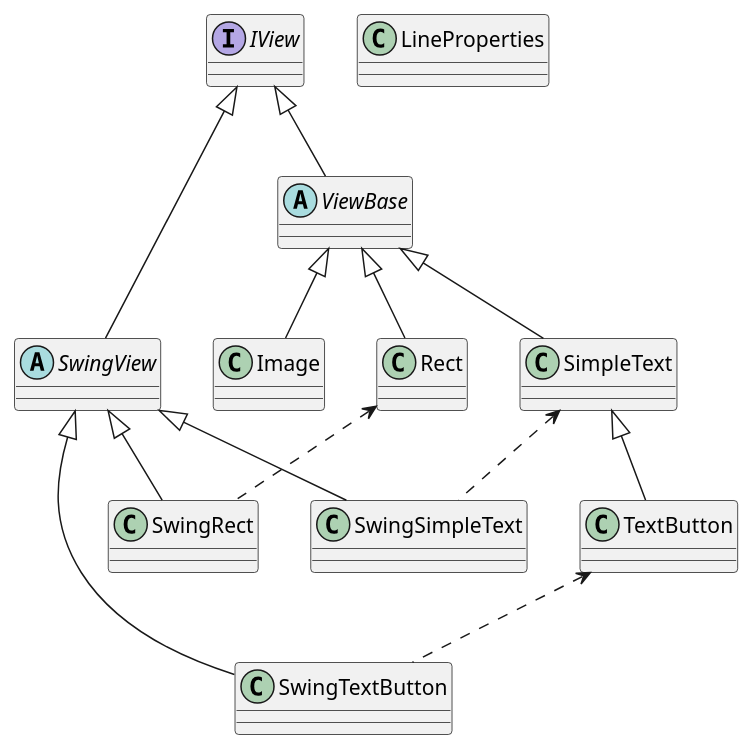
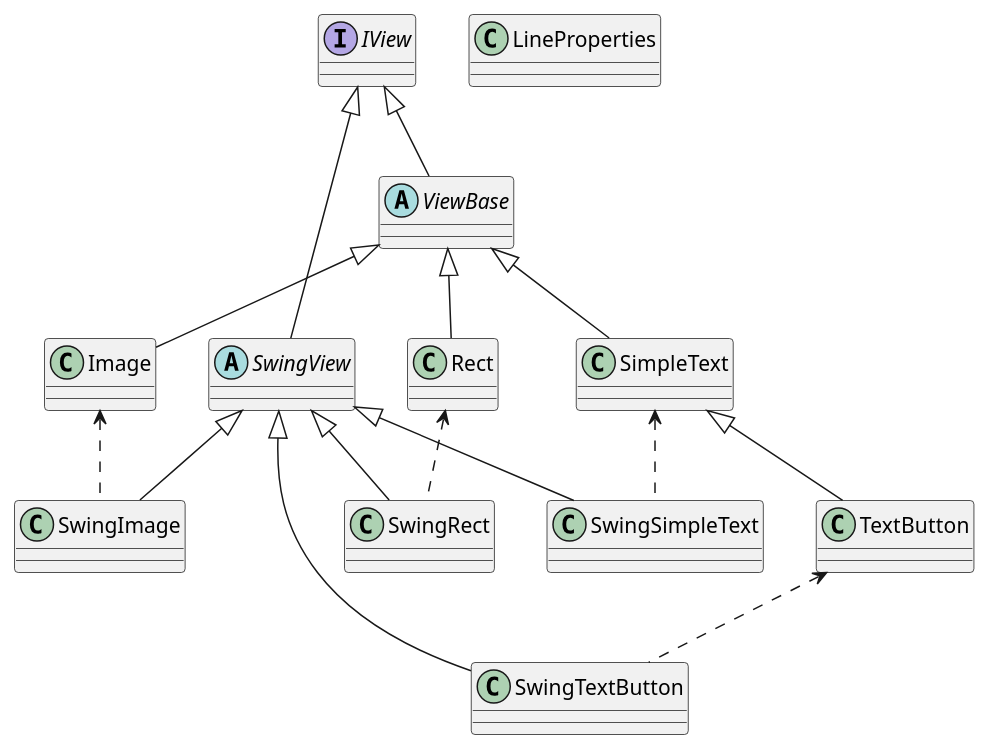
Before and after one commit to svenliese/view: the diagram in doc/classes.puml, drawn with PlantUML. The commit also changed 10 other files, not shown here.

Commit message:
add image view

```diff
--- a/doc/classes.puml
+++ b/doc/classes.puml
@@ -1,32 +1,35 @@
 @startuml
 
 interface IView
     abstract ViewBase
         class Rect
         class SimpleText
             class TextButton
         class Image
     abstract SwingView
         class SwingRect
         class SwingSimpleText
         class SwingTextButton
+        class SwingImage
 
 class LineProperties
 
 IView <|-- ViewBase
 ViewBase <|-- Rect
 ViewBase <|-- SimpleText
 ViewBase <|-- Image
 
 SimpleText <|-- TextButton
 
 IView <|-- SwingView
 SwingView <|-- SwingRect
 SwingView <|-- SwingSimpleText
 SwingView <|-- SwingTextButton
+SwingView <|-- SwingImage
 
 Rect <.. SwingRect
 SimpleText <.. SwingSimpleText
 TextButton <.. SwingTextButton
+Image <.. SwingImage
 
 @enduml
```
